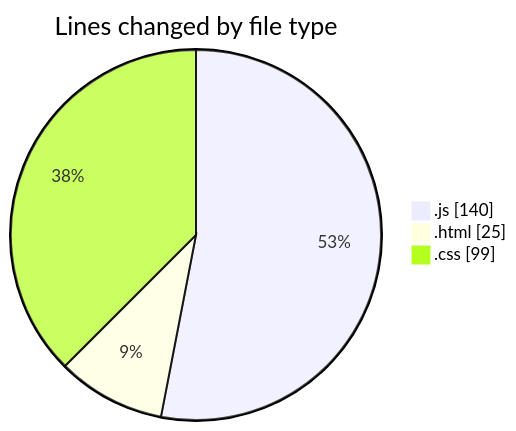
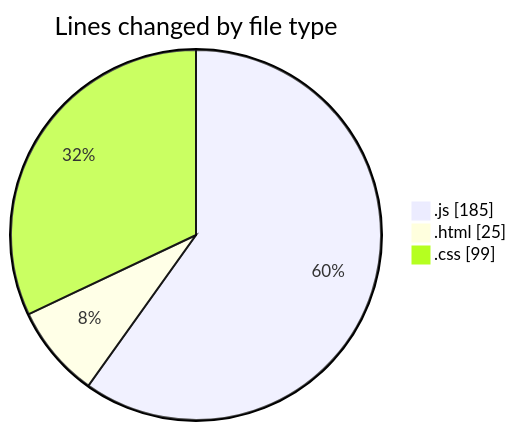
The first of 2 diagrams in 2025-01-19/typing_game/README.md (Ritupan-Deka/code-tracking), drawn with Mermaid before and after one commit. The commit also changed other lines of this file and 1 other file, not shown here.

````diff
--- a/2025-01-19/typing_game/README.md
+++ b/2025-01-19/typing_game/README.md
@@ -22,7 +22,7 @@
 ```mermaid
 pie showData
 title Lines changed by file type
-".js" : 140
+".js" : 185
 ".html" : 25
 ".css" : 99
 ```
````
